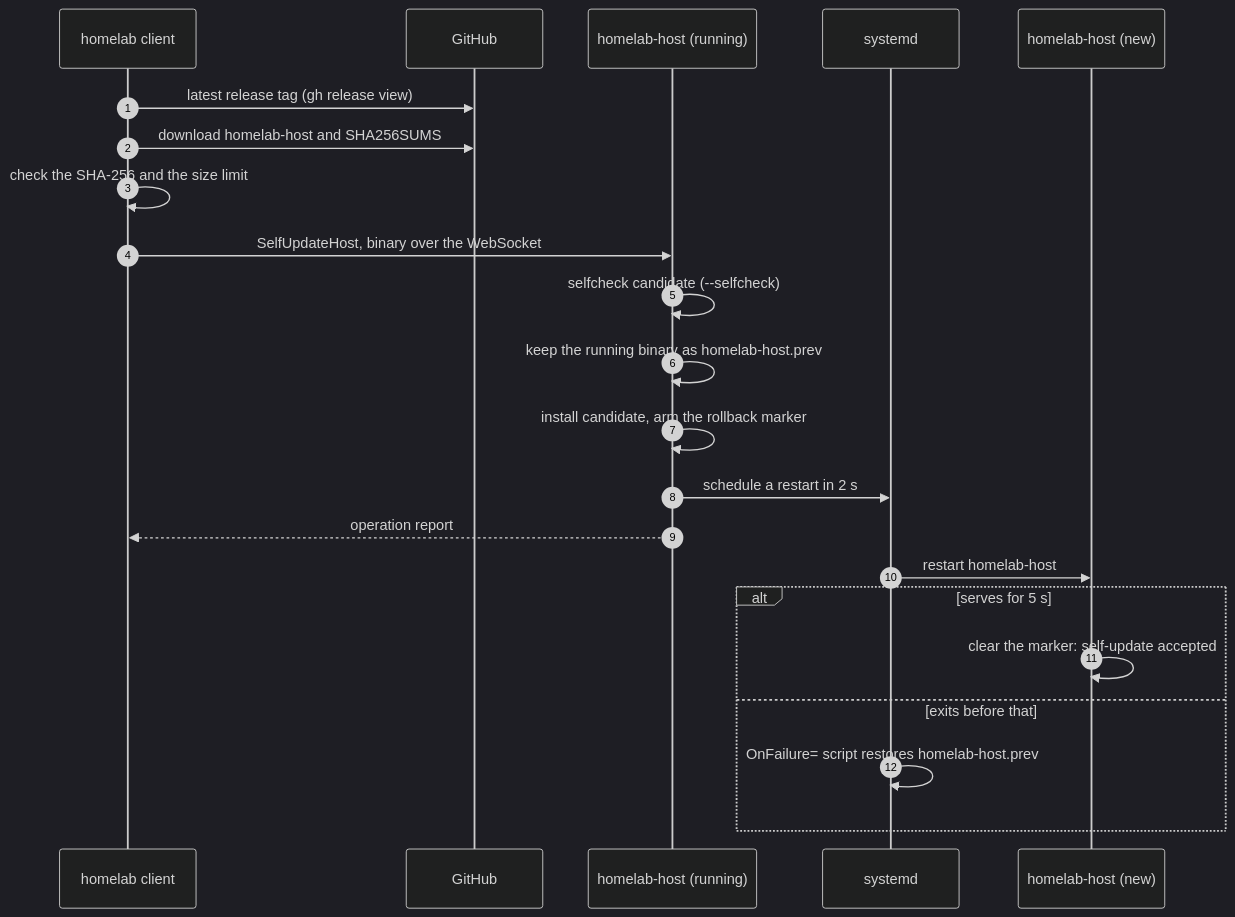
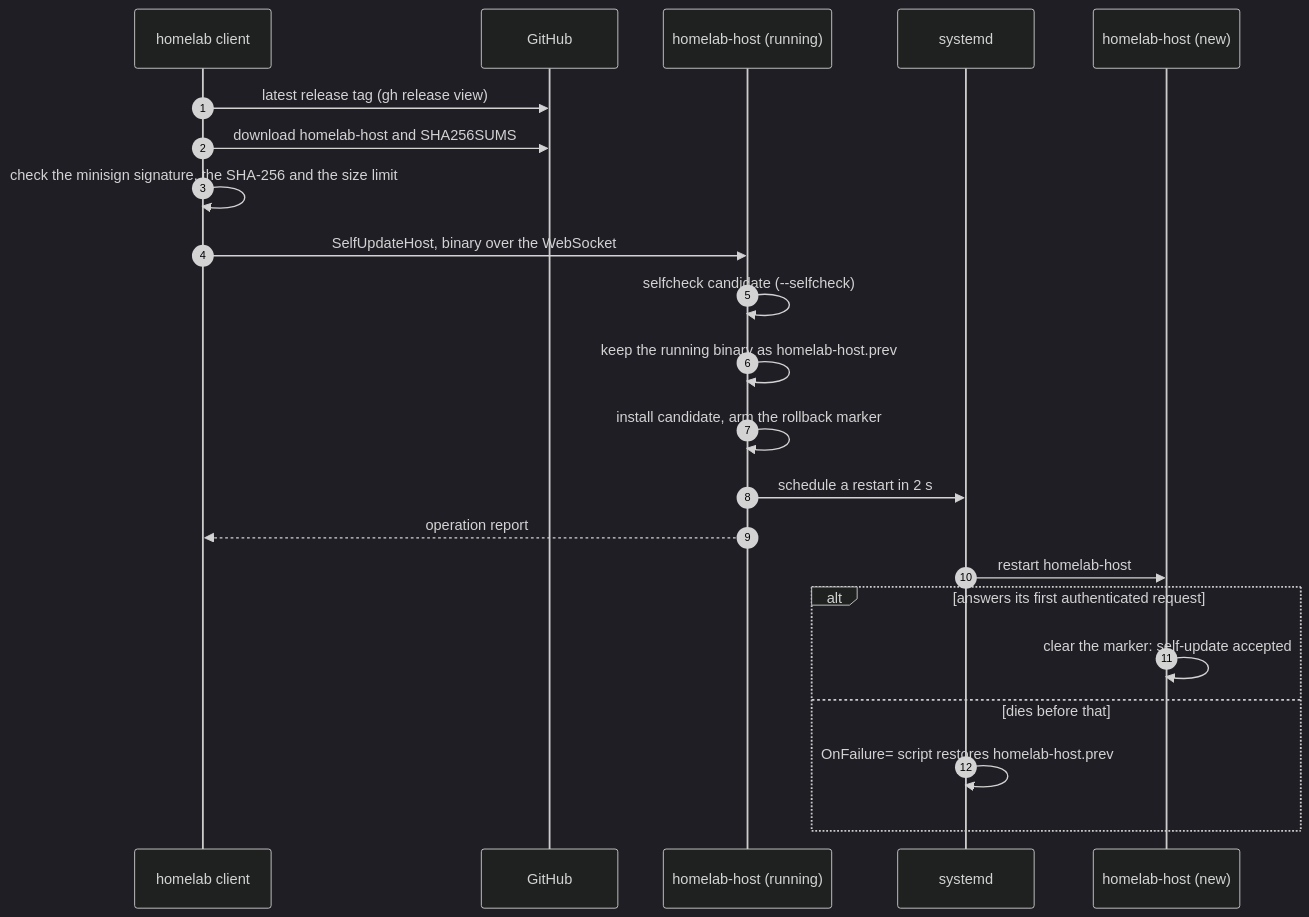
The second of 2 diagrams in README.md (kennypassenier/homelab), drawn with Mermaid (dark theme) before and after one commit. The commit also changed other lines of this file and 6 other files, not shown here.

````diff
--- a/README.md
+++ b/README.md
@@ -403,25 +426,25 @@
 ```mermaid
 sequenceDiagram
     autonumber
     participant C as homelab client
     participant GH as GitHub
     participant H as homelab-host (running)
     participant SD as systemd
     participant N as homelab-host (new)
 
     C->>GH: latest release tag (gh release view)
     C->>GH: download homelab-host and SHA256SUMS
-    C->>C: check the SHA-256 and the size limit
+    C->>C: check the minisign signature, the SHA-256 and the size limit
     C->>H: SelfUpdateHost, binary over the WebSocket
     H->>H: selfcheck candidate (--selfcheck)
     H->>H: keep the running binary as homelab-host.prev
     H->>H: install candidate, arm the rollback marker
     H->>SD: schedule a restart in 2 s
     H-->>C: operation report
     SD->>N: restart homelab-host
-    alt serves for 5 s
+    alt answers its first authenticated request
         N->>N: clear the marker: self-update accepted
-    else exits before that
+    else dies before that
         SD->>SD: OnFailure= script restores homelab-host.prev
     end
 ```
````
